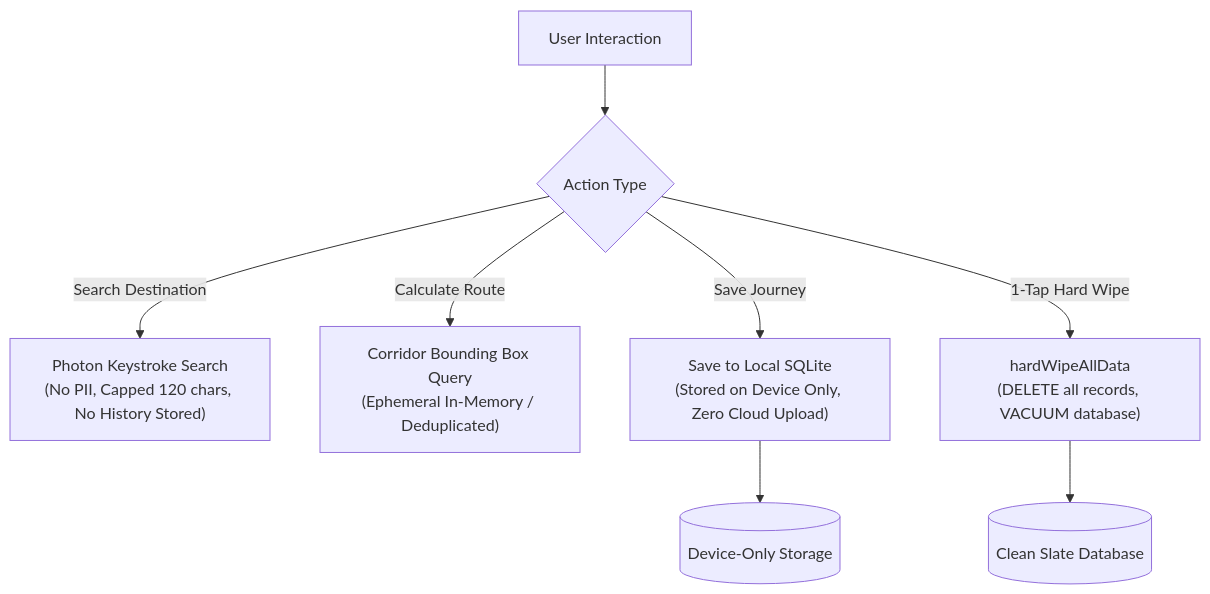
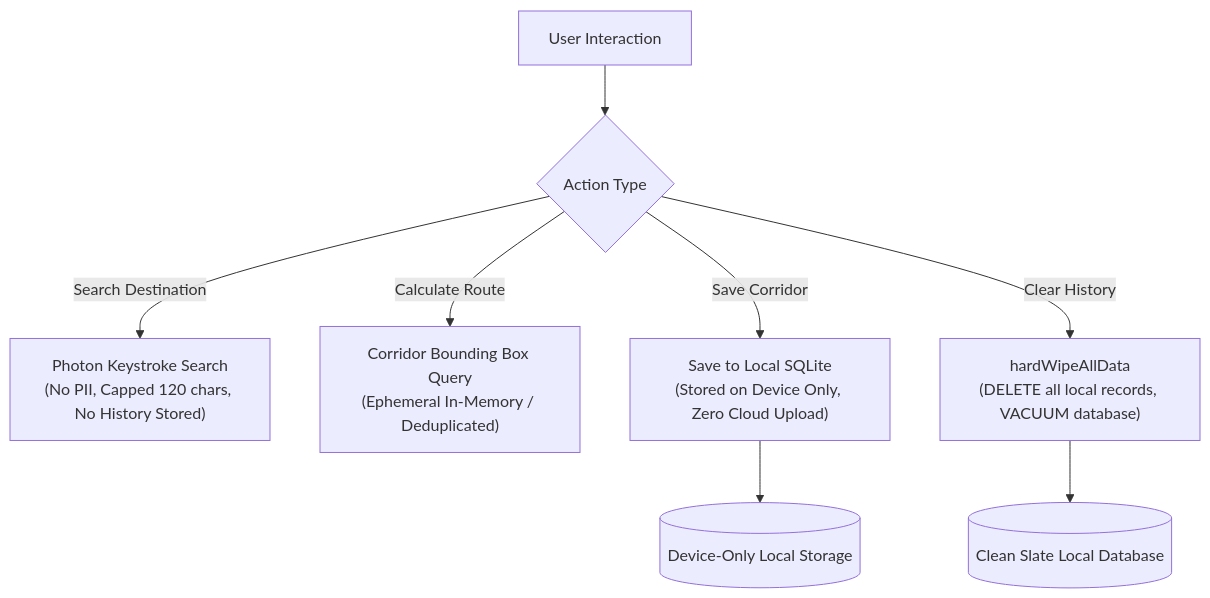
The third of 3 diagrams in README.md (KatkamKoushik/Walkscope), drawn with Mermaid before and after one commit. The commit also changed other lines of this file and 69 other files, not shown here.

````diff
--- a/README.md
+++ b/README.md
@@ -102,12 +139,12 @@
 ```mermaid
 flowchart TD
     UserAction["User Interaction"] --> ActionType{"Action Type"}
 
     ActionType -->|"Search Destination"| SearchFlow["Photon Keystroke Search\n(No PII, Capped 120 chars, No History Stored)"]
     ActionType -->|"Calculate Route"| RouteFlow["Corridor Bounding Box Query\n(Ephemeral In-Memory / Deduplicated)"]
-    ActionType -->|"Save Journey"| LocalDB["Save to Local SQLite\n(Stored on Device Only, Zero Cloud Upload)"]
-    ActionType -->|"1-Tap Hard Wipe"| WipeFlow["hardWipeAllData\n(DELETE all records, VACUUM database)"]
+    ActionType -->|"Save Corridor"| LocalDB["Save to Local SQLite\n(Stored on Device Only, Zero Cloud Upload)"]
+    ActionType -->|"Clear History"| WipeFlow["hardWipeAllData\n(DELETE all local records, VACUUM database)"]
 
-    LocalDB --> Stored[("Device-Only Storage")]
-    WipeFlow --> Empty[("Clean Slate Database")]
+    LocalDB --> Stored[("Device-Only Local Storage")]
+    WipeFlow --> Empty[("Clean Slate Local Database")]
 ```
````
